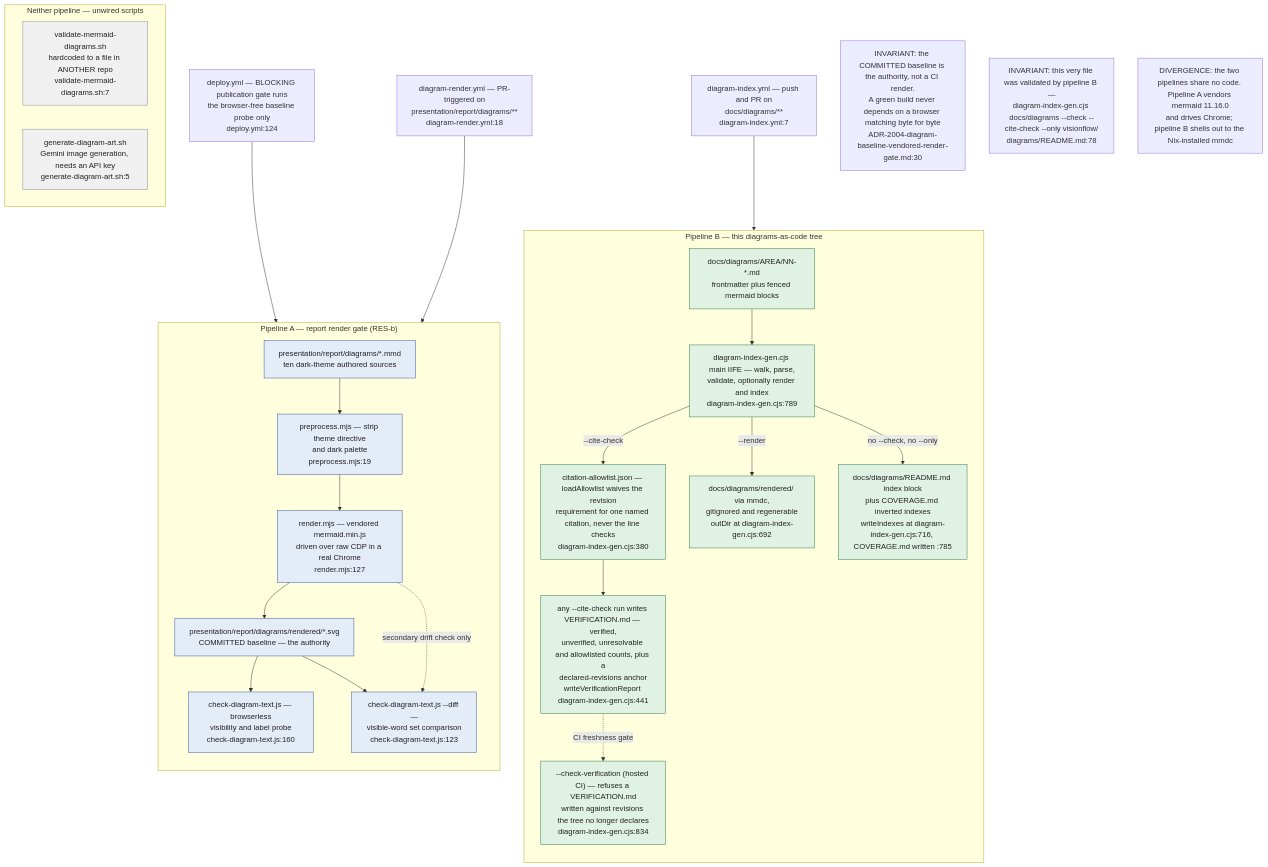
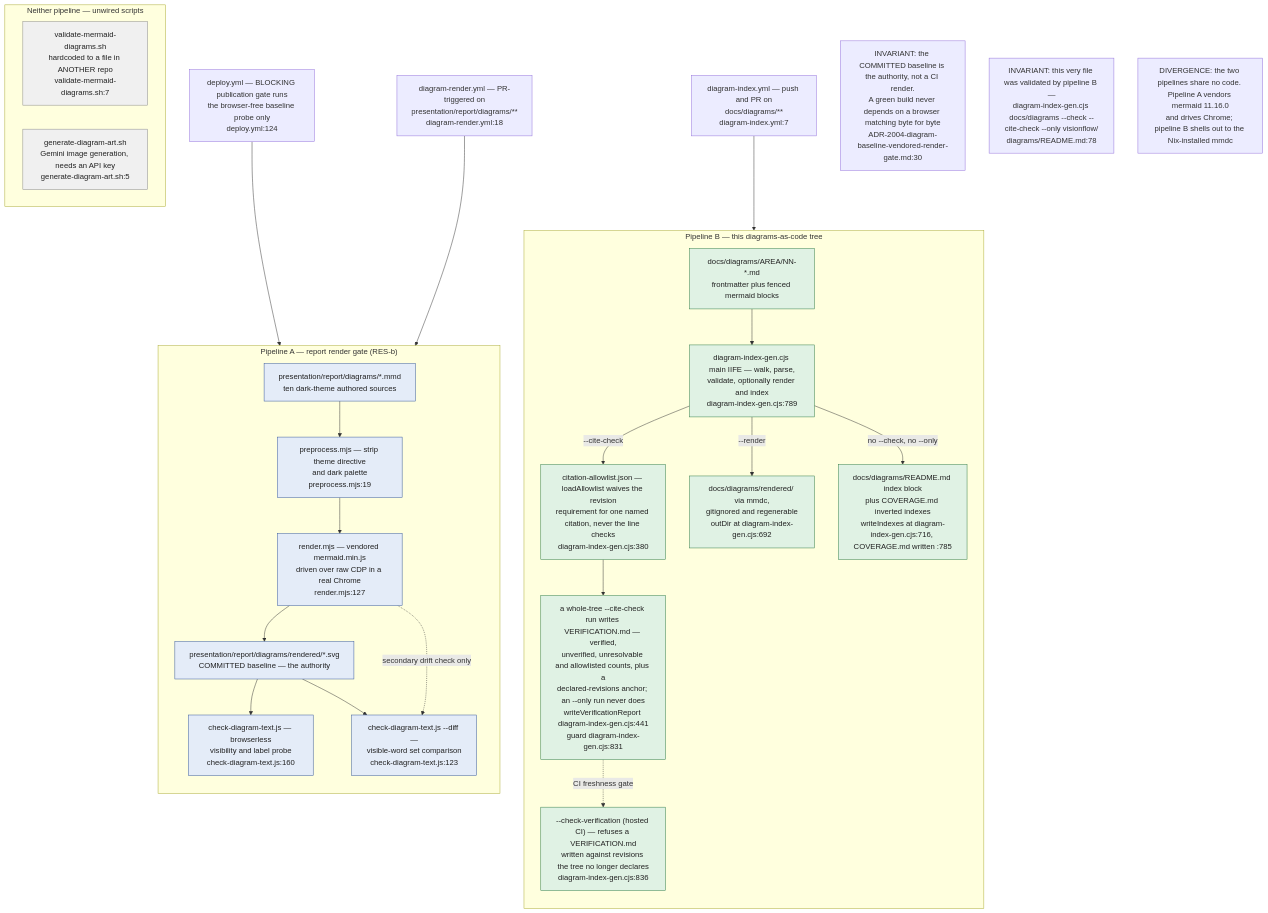
The first of 14 diagrams in docs/diagrams/visionflow/06-diagram-tooling.md (DreamLab-AI/VisionFlow), drawn with Mermaid before and after one commit. The commit also changed other lines of this file and 17 other files, not shown here.

````diff
--- a/docs/diagrams/visionflow/06-diagram-tooling.md
+++ b/docs/diagrams/visionflow/06-diagram-tooling.md
@@ -35,49 +35,49 @@
 ```mermaid
 flowchart TB
     classDef pipeA fill:#e4ecf8,stroke:#33559a,color:#222
     classDef pipeB fill:#e0f2e4,stroke:#2f7a45,color:#222
     classDef orphan fill:#f0f0f0,stroke:#888,color:#222
 
     subgraph A["Pipeline A — report render gate (RES-b)"]
         direction TB
         AS["presentation/report/diagrams/*.mmd<br/>ten dark-theme authored sources"]:::pipeA
         APRE["preprocess.mjs — strip theme directive<br/>and dark palette<br/>preprocess.mjs:19"]:::pipeA
         AREN["render.mjs — vendored mermaid.min.js<br/>driven over raw CDP in a real Chrome<br/>render.mjs:127"]:::pipeA
         ABASE["presentation/report/diagrams/rendered/*.svg<br/>COMMITTED baseline — the authority"]:::pipeA
         ACHK["check-diagram-text.js — browserless<br/>visibility and label probe<br/>check-diagram-text.js:160"]:::pipeA
         ADIFF["check-diagram-text.js --diff —<br/>visible-word set comparison<br/>check-diagram-text.js:123"]:::pipeA
         AS --> APRE --> AREN --> ABASE
         ABASE --> ACHK
         AREN -.->|"secondary drift check only"| ADIFF
         ABASE --> ADIFF
     end
 
     subgraph B["Pipeline B — this diagrams-as-code tree"]
         direction TB
         BS["docs/diagrams/AREA/NN-*.md<br/>frontmatter plus fenced mermaid blocks"]:::pipeB
         BGEN["diagram-index-gen.cjs main IIFE — walk, parse,<br/>validate, optionally render and index<br/>diagram-index-gen.cjs:789"]:::pipeB
         BALLOW["citation-allowlist.json — loadAllowlist waives the revision<br/>requirement for one named citation, never the line checks<br/>diagram-index-gen.cjs:380"]:::pipeB
-        BVER["any --cite-check run writes VERIFICATION.md — verified,<br/>unverified, unresolvable and allowlisted counts, plus a<br/>declared-revisions anchor<br/>writeVerificationReport diagram-index-gen.cjs:441"]:::pipeB
-        BCHKV["--check-verification (hosted CI) — refuses a VERIFICATION.md<br/>written against revisions the tree no longer declares<br/>diagram-index-gen.cjs:834"]:::pipeB
+        BVER["a whole-tree --cite-check run writes VERIFICATION.md — verified,<br/>unverified, unresolvable and allowlisted counts, plus a<br/>declared-revisions anchor; an --only run never does<br/>writeVerificationReport diagram-index-gen.cjs:441<br/>guard diagram-index-gen.cjs:831"]:::pipeB
+        BCHKV["--check-verification (hosted CI) — refuses a VERIFICATION.md<br/>written against revisions the tree no longer declares<br/>diagram-index-gen.cjs:836"]:::pipeB
         BREND["docs/diagrams/rendered/ via mmdc,<br/>gitignored and regenerable<br/>outDir at diagram-index-gen.cjs:692"]:::pipeB
         BIDX["docs/diagrams/README.md index block<br/>plus COVERAGE.md inverted indexes<br/>writeIndexes at diagram-index-gen.cjs:716, COVERAGE.md written :785"]:::pipeB
         BS --> BGEN
         BGEN -->|"--cite-check"| BALLOW --> BVER
         BVER -.->|"CI freshness gate"| BCHKV
         BGEN -->|"--render"| BREND
         BGEN -->|"no --check, no --only"| BIDX
     end
 
     WA["diagram-render.yml — PR-triggered on<br/>presentation/report/diagrams/**<br/>diagram-render.yml:18"] --> A
     WB["diagram-index.yml — push and PR on<br/>docs/diagrams/**<br/>diagram-index.yml:7"] --> B
     WD["deploy.yml — BLOCKING publication gate runs<br/>the browser-free baseline probe only<br/>deploy.yml:124"] --> ACHK
 
     subgraph O["Neither pipeline — unwired scripts"]
         OV["validate-mermaid-diagrams.sh<br/>hardcoded to a file in ANOTHER repo<br/>validate-mermaid-diagrams.sh:7"]:::orphan
         OG["generate-diagram-art.sh<br/>Gemini image generation, needs an API key<br/>generate-diagram-art.sh:5"]:::orphan
     end
 
     NOTE1["INVARIANT: the COMMITTED baseline is the authority, not a CI render.<br/>A green build never depends on a browser matching byte for byte<br/>ADR-2004-diagram-baseline-vendored-render-gate.md:30"]
     NOTE2["INVARIANT: this very file was validated by pipeline B —<br/>diagram-index-gen.cjs docs/diagrams --check --cite-check --only visionflow/<br/>diagrams/README.md:78"]
     NOTE3["DIVERGENCE: the two pipelines share no code. Pipeline A vendors mermaid 11.16.0<br/>and drives Chrome; pipeline B shells out to the Nix-installed mmdc"]
 ```
````
